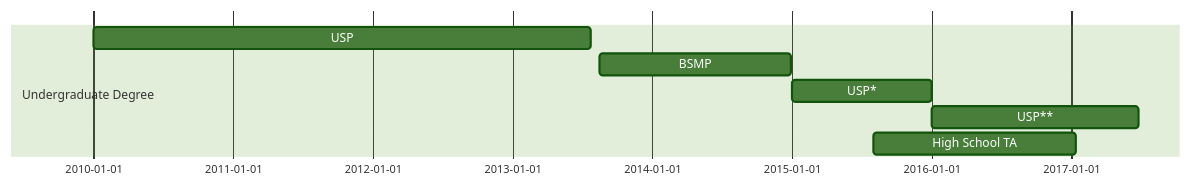
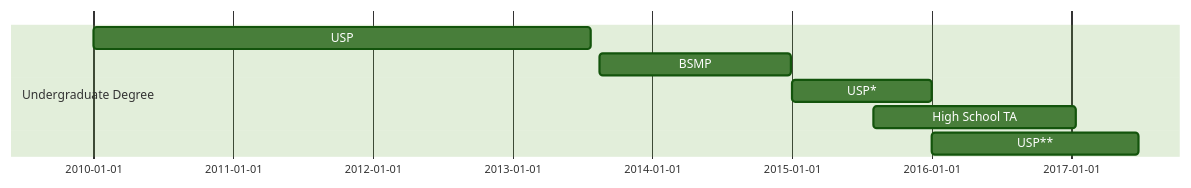
Before and after one commit to asrampasso/academic_website: the first of 4 diagrams in content/timeline/_index.md, drawn with Mermaid (forest theme). The commit also changed other lines of this file and 91 other files, not shown here.

````diff
--- a/content/timeline/_index.md
+++ b/content/timeline/_index.md
@@ -7,13 +7,14 @@
 ```mermaid
 
 gantt
 
   dateFormat  YYYY-MM-DD
   
   section Undergraduate Degree
   USP: 2010-01-01, 1300d
   BSMP: 2013-08-15, 500d
   USP*: 2015-01-01, 365d
+  High School TA: 2015-08-01, 530d
   USP**: 2016-01-01, 540d
-  High School TA: 2015-08-01, 530d
+
 ```
````
